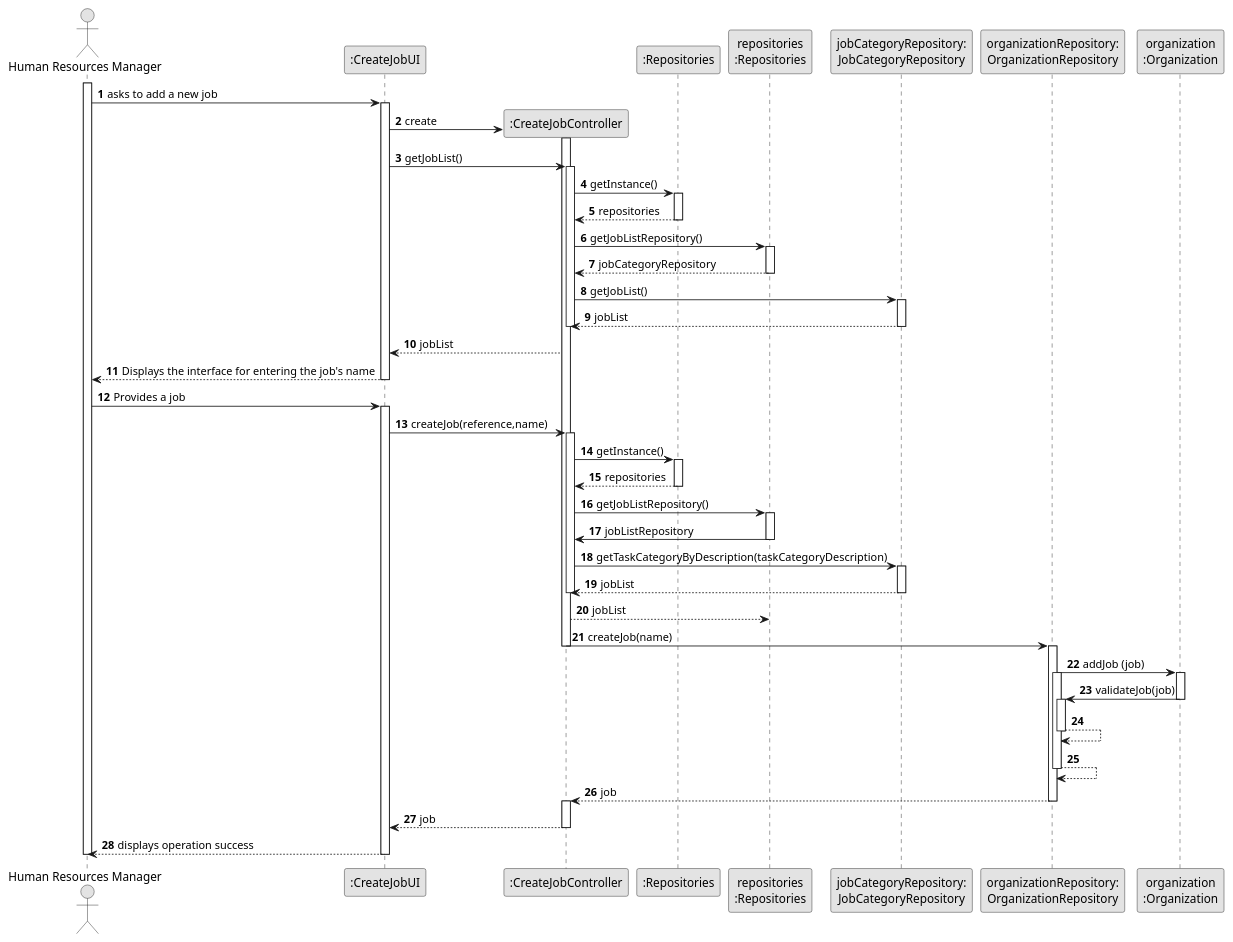
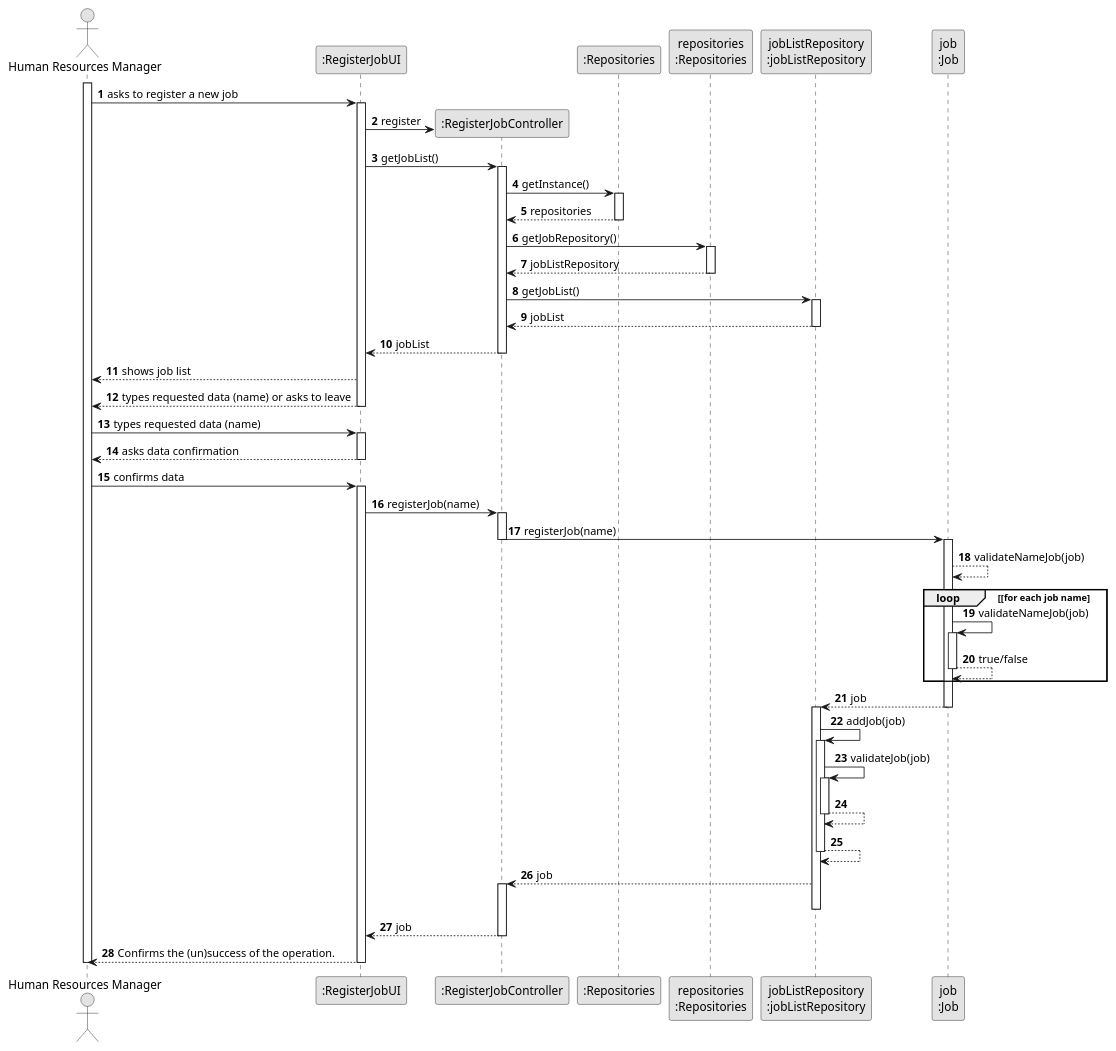
Before and after one commit to SAEmanuel/Green_Spaces_Management_ISEP: the diagram in docs/sprintB/us002/03.design/puml/us002-sequence-diagram-full.puml, drawn with PlantUML. The commit also changed 2 other files, not shown here.

Commit message:
US2 - design full diagram and ssd update

```diff
--- a/docs/sprintB/us002/03.design/puml/us002-sequence-diagram-full.puml
+++ b/docs/sprintB/us002/03.design/puml/us002-sequence-diagram-full.puml
@@ -1,119 +1,117 @@
 @startuml
 skinparam monochrome true
 skinparam packageStyle rectangle
 skinparam shadowing false
 
 autonumber
 
 'hide footbox
 actor "Human Resources Manager" as HRM
-participant ":CreateJobUI" as UI
-participant ":CreateJobController" as CTRL
+participant ":RegisterJobUI" as UI
+participant ":RegisterJobController" as CTRL
 participant ":Repositories" as RepositorySingleton
 participant "repositories\n:Repositories" as PLAT
-participant "jobCategoryRepository:\nJobCategoryRepository" as JobCategoryRepository
-participant "organizationRepository:\nOrganizationRepository" as OrganizationRepository
-participant "organization\n:Organization" as ORG
-
+participant "jobListRepository\n:jobListRepository" as jobRepository
+participant "job\n:Job" as EMPREGO
 
 activate HRM
 
-HRM -> UI : asks to add a new job
-activate UI
+        HRM -> UI : asks to register a new job
 
-UI -> CTRL** : create
-activate CTRL
+        activate UI
 
-UI -> CTRL : getJobList()
-activate CTRL
+            UI -> CTRL** : register
 
-CTRL -> RepositorySingleton : getInstance()
-activate RepositorySingleton
+            UI -> CTRL : getJobList()
+            activate CTRL
 
-RepositorySingleton --> CTRL: repositories
-deactivate RepositorySingleton
+                CTRL -> RepositorySingleton : getInstance()
+                activate RepositorySingleton
 
-CTRL -> PLAT : getJobListRepository()
-activate PLAT
+                    RepositorySingleton --> CTRL: repositories
+                deactivate RepositorySingleton
 
-PLAT --> CTRL: jobCategoryRepository
-deactivate PLAT
+                CTRL -> PLAT : getJobRepository()
+                activate PLAT
 
-CTRL -> JobCategoryRepository : getJobList()
-activate JobCategoryRepository
+                    PLAT --> CTRL: jobListRepository
+                deactivate PLAT
 
-JobCategoryRepository --> CTRL : jobList
-deactivate JobCategoryRepository
+                CTRL -> jobRepository : getJobList()
+                activate jobRepository
 
-deactivate CTRL
-CTRL --> UI : jobList
+                    jobRepository --> CTRL : jobList
+                deactivate jobRepository
+
+                CTRL --> UI : jobList
+            deactivate CTRL
 
 
 
 
-UI --> HRM : Displays the interface for entering the job's name
-deactivate UI
+            UI --> HRM : shows job list
+            UI --> HRM : types requested data (name) or asks to leave
+        deactivate UI
 
-HRM -> UI : Provides a job
-activate UI
+
+    HRM -> UI : types requested data (name)
+    activate UI
+
+        UI --> HRM : asks data confirmation
+        deactivate UI
+
+        HRM -> UI : confirms data
+            activate UI
+
+
+            UI -> CTRL : registerJob(name)
+            activate CTRL
+
+
+                CTRL -> EMPREGO: registerJob(name)
+                deactivate CTRL
 
 
 
-UI -> CTRL : createJob(reference,name)
-activate CTRL
+
+                    activate EMPREGO
+                        EMPREGO --> EMPREGO : validateNameJob(job)
+
+                        loop [for each job name
+                          EMPREGO -> EMPREGO : validateNameJob(job)
+                            activate EMPREGO
+
+                                 EMPREGO --> EMPREGO : true/false
+                            deactivate EMPREGO
+                        end
 
 
+                        EMPREGO --> jobRepository : job
+                    deactivate EMPREGO
 
-CTRL -> RepositorySingleton : getInstance()
-activate RepositorySingleton
+                    activate jobRepository
 
-RepositorySingleton --> CTRL: repositories
-deactivate RepositorySingleton
-
-CTRL -> PLAT : getJobListRepository()
-activate PLAT
-
-PLAT -> CTRL : jobListRepository
-deactivate PLAT
-
-CTRL -> JobCategoryRepository : getTaskCategoryByDescription(taskCategoryDescription)
-activate JobCategoryRepository
-
-JobCategoryRepository --> CTRL : jobList
-deactivate JobCategoryRepository
-
-deactivate CTRL
-CTRL --> PLAT : jobList
+                    jobRepository -> jobRepository: addJob(job)
 
 
+                    activate jobRepository
+                        jobRepository -> jobRepository: validateJob(job)
+                        activate jobRepository
+                            jobRepository --> jobRepository
+                        deactivate jobRepository
 
-CTRL -> OrganizationRepository: createJob(name)
-deactivate CTRL
-activate OrganizationRepository
+                        jobRepository --> jobRepository
+                    deactivate jobRepository
 
-OrganizationRepository -> ORG: addJob (job)
-activate ORG
+                    jobRepository --> CTRL : job
+                     activate CTRL
 
-activate OrganizationRepository
-    ORG -> OrganizationRepository: validateJob(job)
-deactivate ORG
-    activate OrganizationRepository
-        OrganizationRepository --> OrganizationRepository
-    deactivate OrganizationRepository
+                deactivate jobRepository
 
-    OrganizationRepository --> OrganizationRepository
-deactivate OrganizationRepository
-
-OrganizationRepository --> CTRL : job
-
-deactivate OrganizationRepository
-
-activate CTRL
-CTRL --> UI: job
-deactivate CTRL
-UI --> HRM: displays operation success
-deactivate UI
-
-deactivate HRM
+                CTRL --> UI: job
+                deactivate CTRL
+                UI --> HRM: Confirms the (un)success of the operation.
+        deactivate UI
+    deactivate HRM
 
 @enduml
```
